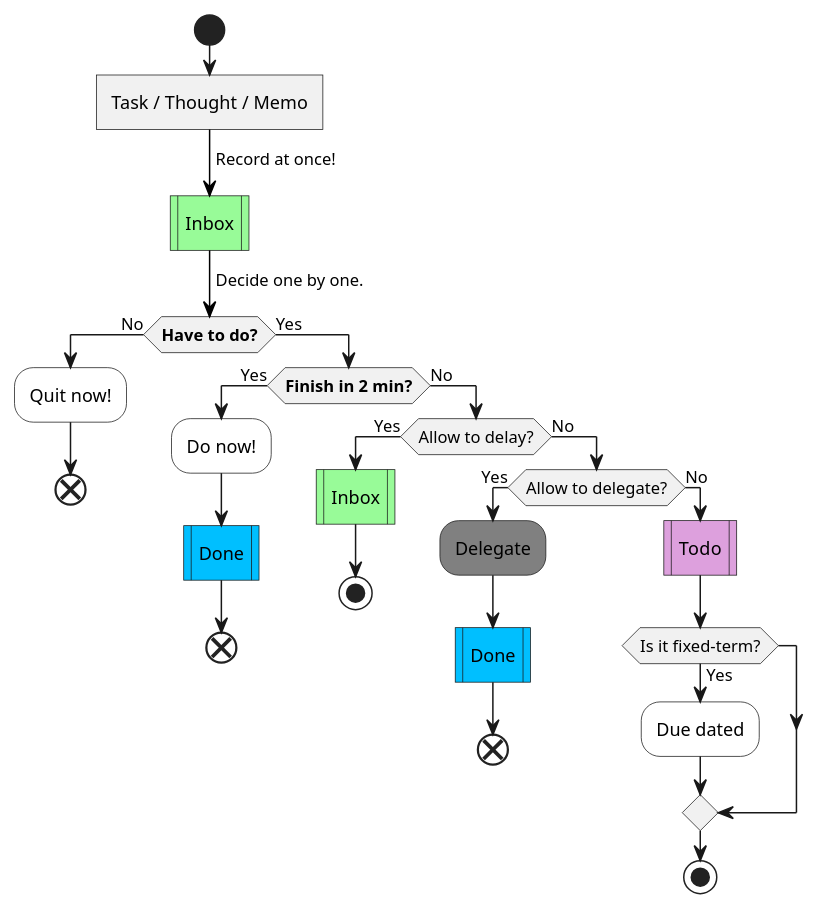
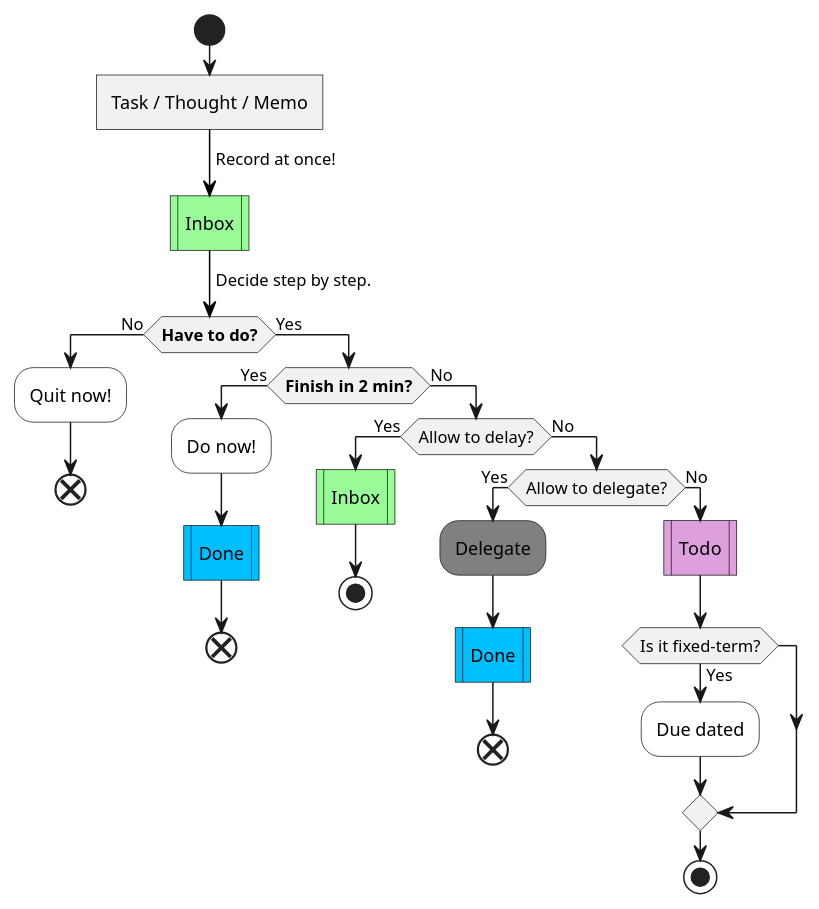
Before and after one commit to IceHe/icehe-lib: the fourth of 9 diagrams in snips/principles/gtd.md, drawn with PlantUML. The commit also changed other lines of this file, not shown here.

````diff
--- a/snips/principles/gtd.md
+++ b/snips/principles/gtd.md
@@ -102,36 +102,36 @@
-```puml
+```plantuml
 @startuml
 start
 :Task / Thought / Memo]
 -[#black]-> Record at once!;
 #paleGreen:Inbox|
--[#black]-> Decide one by one.;
+-[#black]-> Decide step by step.;
 if (**Have to do?**) then (No)
     #white:Quit now!;
     end
 else (Yes)
     if (**Finish in 2 min?**) then (Yes)
         #white:Do now!;
         #deepSkyBlue:Done|
         end
     else (No)
         if (Allow to delay?) then (Yes)
             #paleGreen:Inbox|
             stop
         else (No)
             if (Allow to delegate?) then (Yes)
                 #gray:Delegate;
                 #deepSkyBlue:Done|
                 end
             else (No)
                 #plum:Todo|
                 if (Is it fixed-term?) then (Yes)
                     #white:Due dated;
                 endif
                 stop
             endif
         endif
     endif
 endif
 @enduml
 ```
````
